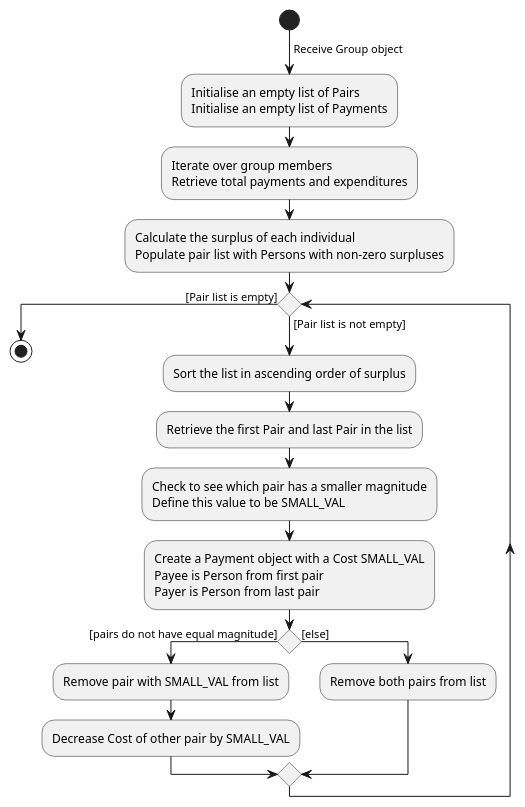
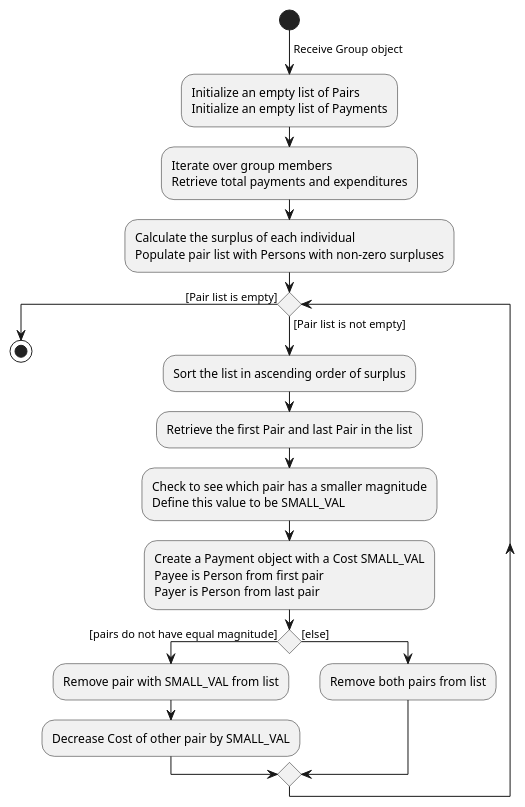
One commit to ramapriyan912001/tp changed the diagram in docs/diagrams/CalculatePaymentsCommandAlgorithmDiagram.puml. Above: the diagram before and after it, drawn with PlantUML. The commit also changed 11 other files, not shown here.

```diff
--- a/docs/diagrams/CalculatePaymentsCommandAlgorithmDiagram.puml
+++ b/docs/diagrams/CalculatePaymentsCommandAlgorithmDiagram.puml
@@ -1,29 +1,29 @@
 @startuml
 start
 -> Receive Group object;
-:Initialise an empty list of Pairs
-Initialise an empty list of Payments;
+:Initialize an empty list of Pairs
+Initialize an empty list of Payments;
 
 :Iterate over group members
 Retrieve total payments and expenditures;
 
 :Calculate the surplus of each individual
 Populate pair list with Persons with non-zero surpluses;
 
 while () is ([Pair list is not empty])
 :Sort the list in ascending order of surplus;
 :Retrieve the first Pair and last Pair in the list;
 :Check to see which pair has a smaller magnitude
 Define this value to be SMALL_VAL;
 :Create a Payment object with a Cost SMALL_VAL
 Payee is Person from first pair
 Payer is Person from last pair;
     if () then ([pairs do not have equal magnitude])
     :Remove pair with SMALL_VAL from list;
     :Decrease Cost of other pair by SMALL_VAL;
     else ([else])
     :Remove both pairs from list;
     endif
 endwhile ([Pair list is empty])
 stop
 @enduml
```
